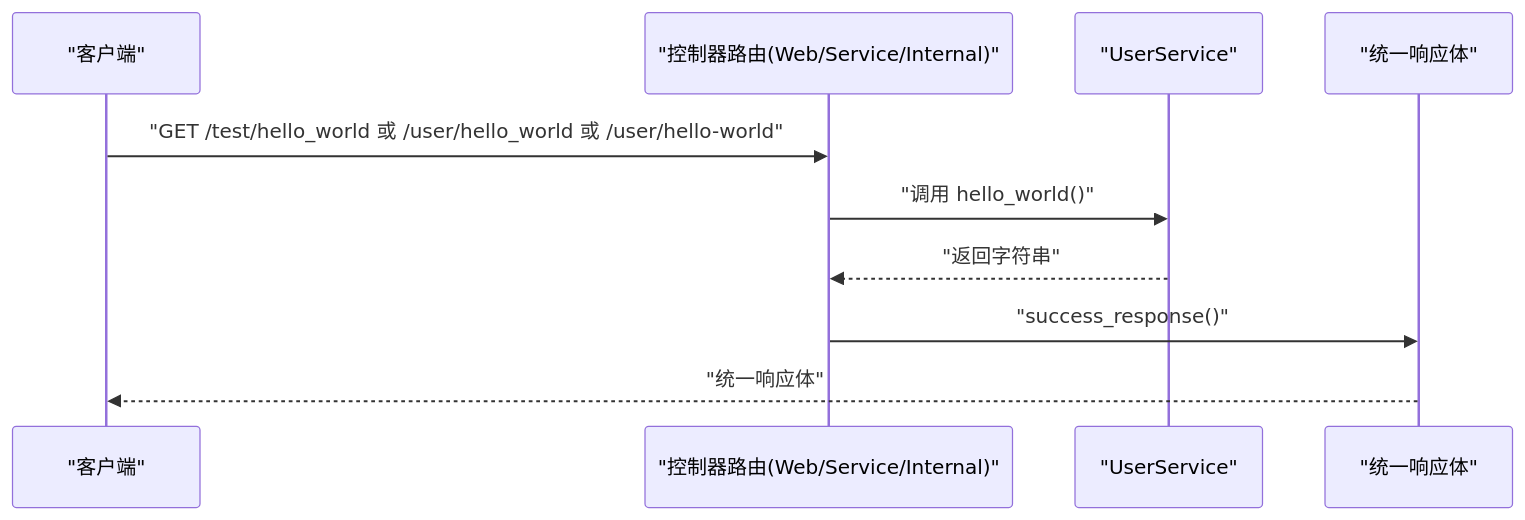
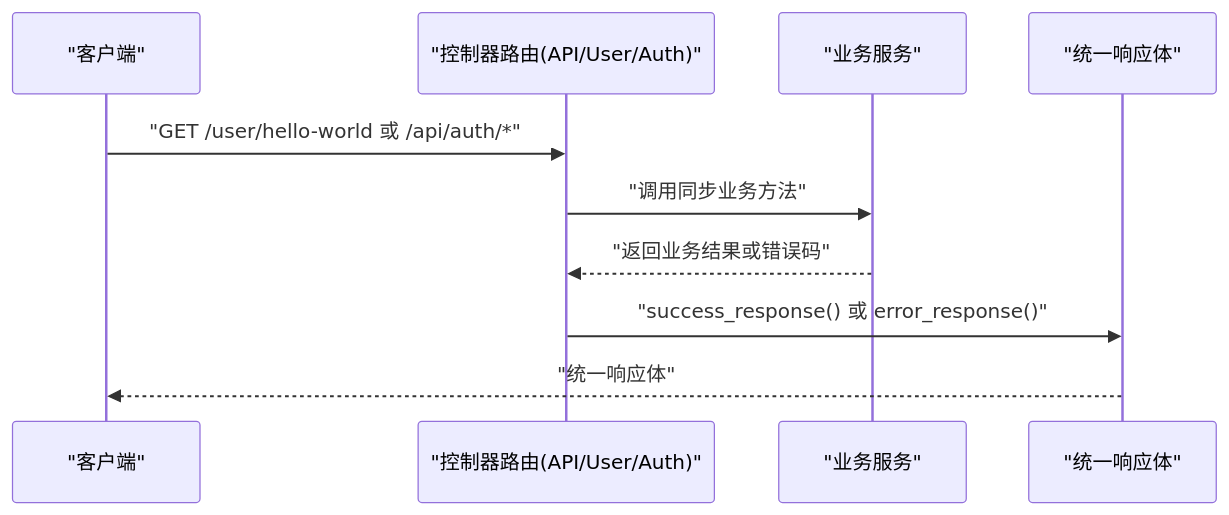
One commit to lilinzezzzzzz/fastapi-backend changed the fifth of 9 diagrams in .qoder/repowiki/zh/content/业务逻辑层.md. Above: the diagram before and after it, drawn with Mermaid. The commit also changed other lines of this file and 42 other files, not shown here.

````diff
--- a/.qoder/repowiki/zh/content/业务逻辑层.md
+++ b/.qoder/repowiki/zh/content/业务逻辑层.md
@@ -286,12 +454,12 @@
 ```mermaid
 sequenceDiagram
 participant C as "客户端"
-participant R as "控制器路由(Web/Service/Internal)"
-participant S as "UserService"
+participant R as "控制器路由(API/User/Auth)"
+participant S as "业务服务"
 participant Resp as "统一响应体"
-C->>R : "GET /test/hello_world 或 /user/hello_world 或 /user/hello-world"
-R->>S : "调用 hello_world()"
-S-->>R : "返回字符串"
-R->>Resp : "success_response()"
+C->>R : "GET /user/hello-world 或 /api/auth/*"
+R->>S : "调用同步业务方法"
+S-->>R : "返回业务结果或错误码"
+R->>Resp : "success_response() 或 error_response()"
 Resp-->>C : "统一响应体"
 ```
````
